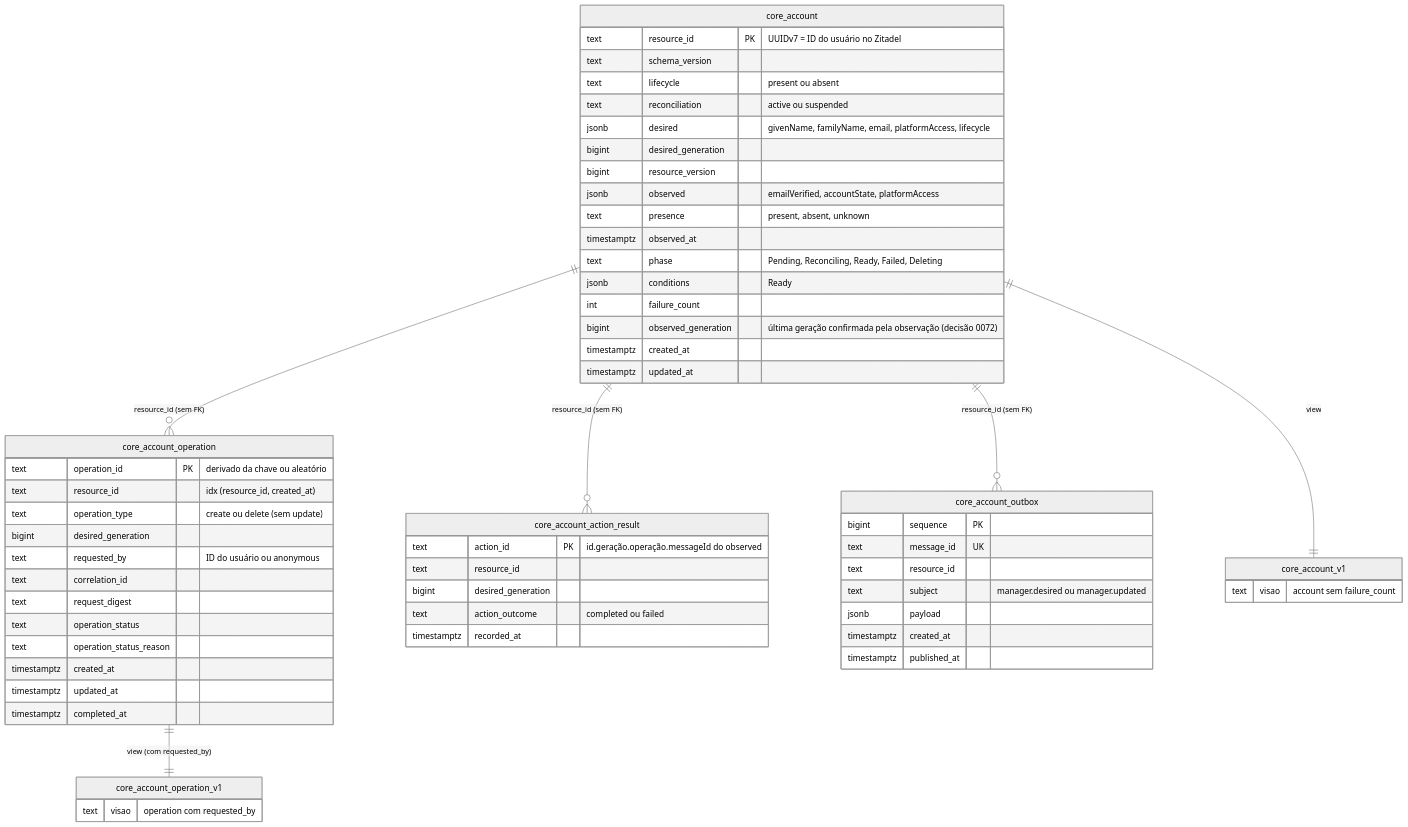
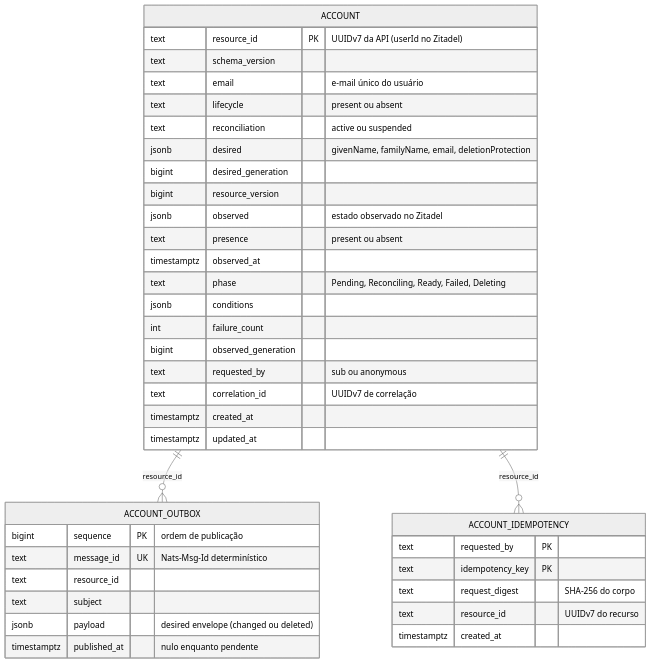
The diagram in features/core/account/docs/database/01-er-fisico.mmd (danielsabatini/smarkee), drawn with Mermaid (neutral theme) before and after one commit. The commit also changed 83 other files, not shown here.

Commit message:
docs(features): atualiza data flows e diagramas de role, group, bsm/account e core/account

```diff
--- a/features/core/account/docs/database/01-er-fisico.mmd
+++ b/features/core/account/docs/database/01-er-fisico.mmd
@@ -1,61 +1,40 @@
 erDiagram
-    core_account ||--o{ core_account_operation : "resource_id (sem FK)"
-    core_account ||--o{ core_account_action_result : "resource_id (sem FK)"
-    core_account ||--o{ core_account_outbox : "resource_id (sem FK)"
-    core_account ||--|| core_account_v1 : "view"
-    core_account_operation ||--|| core_account_operation_v1 : "view (com requested_by)"
+    ACCOUNT ||--o{ ACCOUNT_OUTBOX : "resource_id"
+    ACCOUNT ||--o{ ACCOUNT_IDEMPOTENCY : "resource_id"
 
-    core_account {
-        text resource_id PK "UUIDv7 = ID do usuário no Zitadel"
+    ACCOUNT {
+        text resource_id PK "UUIDv7 da API (userId no Zitadel)"
         text schema_version
+        text email "e-mail único do usuário"
         text lifecycle "present ou absent"
         text reconciliation "active ou suspended"
-        jsonb desired "givenName, familyName, email, platformAccess, lifecycle"
+        jsonb desired "givenName, familyName, email, deletionProtection"
         bigint desired_generation
         bigint resource_version
-        jsonb observed "emailVerified, accountState, platformAccess"
-        text presence "present, absent, unknown"
+        jsonb observed "estado observado no Zitadel"
+        text presence "present ou absent"
         timestamptz observed_at
         text phase "Pending, Reconciling, Ready, Failed, Deleting"
-        jsonb conditions "Ready"
+        jsonb conditions
         int failure_count
-        bigint observed_generation "última geração confirmada pela observação (decisão 0072)"
+        bigint observed_generation
+        text requested_by "sub ou anonymous"
+        text correlation_id "UUIDv7 de correlação"
         timestamptz created_at
         timestamptz updated_at
     }
-    core_account_operation {
-        text operation_id PK "derivado da chave ou aleatório"
-        text resource_id "idx (resource_id, created_at)"
-        text operation_type "create ou delete (sem update)"
-        bigint desired_generation
-        text requested_by "ID do usuário ou anonymous"
-        text correlation_id
-        text request_digest
-        text operation_status
-        text operation_status_reason
+    ACCOUNT_OUTBOX {
+        bigint sequence PK "ordem de publicação"
+        text message_id UK "Nats-Msg-Id determinístico"
+        text resource_id
+        text subject
+        jsonb payload "desired envelope (changed ou deleted)"
+        timestamptz published_at "nulo enquanto pendente"
+    }
+    ACCOUNT_IDEMPOTENCY {
+        text requested_by PK
+        text idempotency_key PK
+        text request_digest "SHA-256 do corpo"
+        text resource_id "UUIDv7 do recurso"
         timestamptz created_at
-        timestamptz updated_at
-        timestamptz completed_at
     }
-    core_account_action_result {
-        text action_id PK "id.geração.operação.messageId do observed"
-        text resource_id
-        bigint desired_generation
-        text action_outcome "completed ou failed"
-        timestamptz recorded_at
-    }
-    core_account_outbox {
-        bigint sequence PK
-        text message_id UK
-        text resource_id
-        text subject "manager.desired ou manager.updated"
-        jsonb payload
-        timestamptz created_at
-        timestamptz published_at
-    }
-    core_account_v1 {
-        text visao "account sem failure_count"
-    }
-    core_account_operation_v1 {
-        text visao "operation com requested_by"
-    }
```
